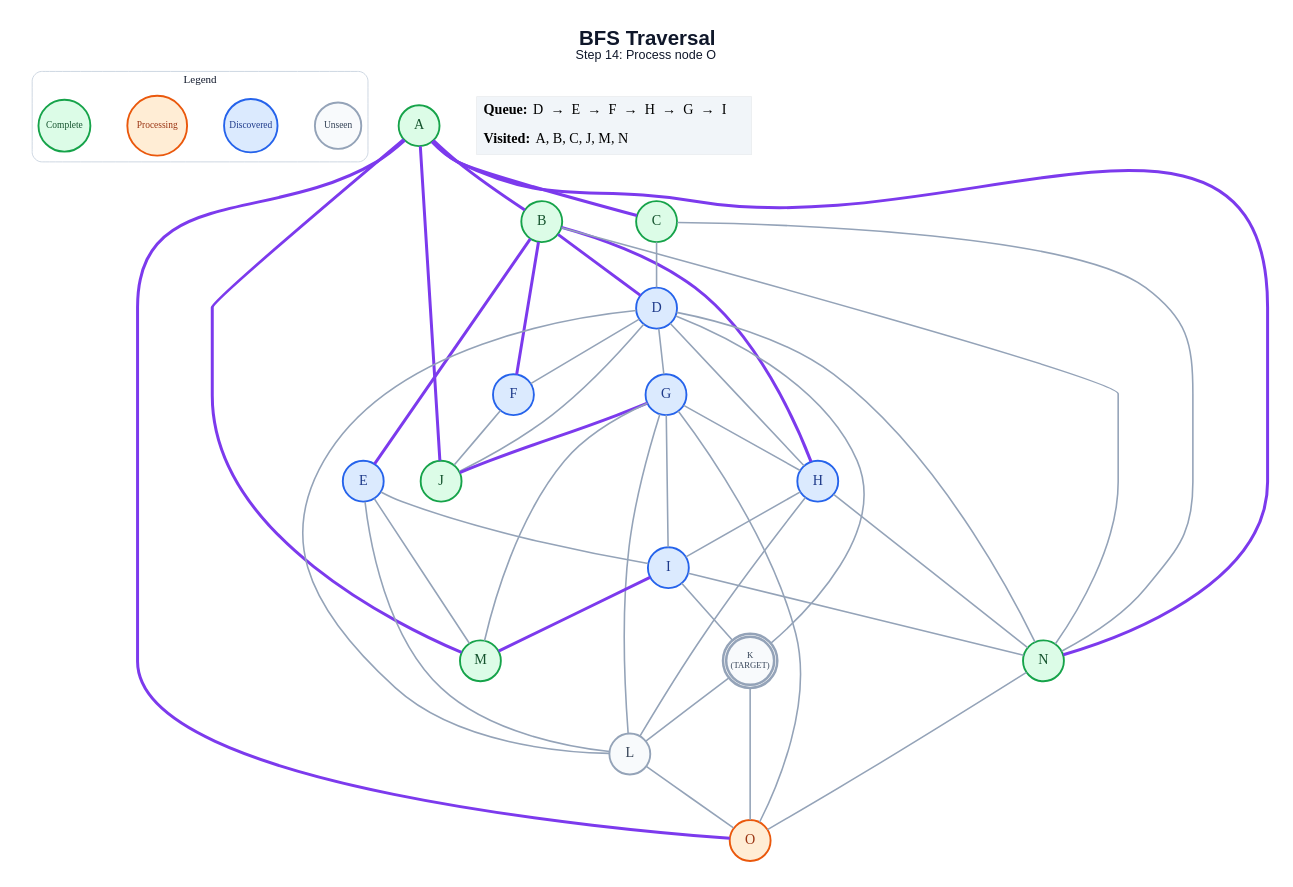
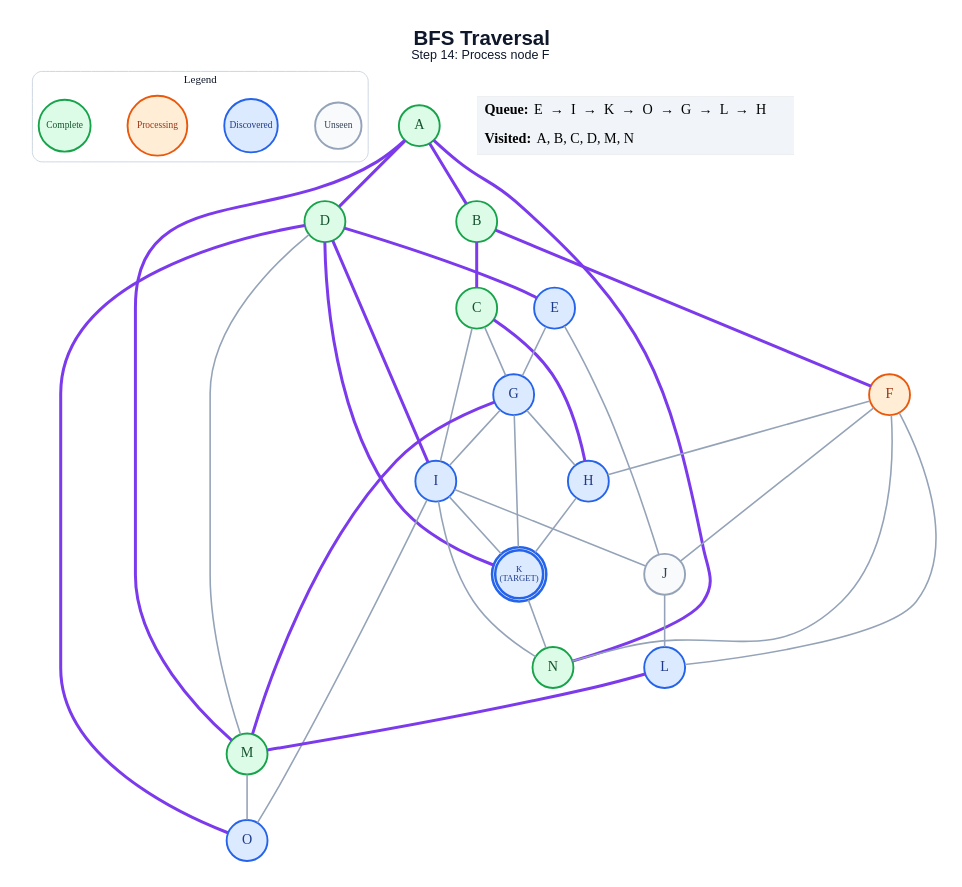
The diagram in generated/specific-node/bfs/step_14.dot (anon7238593-create/ai-slop), drawn with Graphviz before and after one commit. The commit also changed 251 other files, not shown here.

```diff
--- a/generated/specific-node/bfs/step_14.dot
+++ b/generated/specific-node/bfs/step_14.dot
@@ -1,74 +1,67 @@
 graph traversal {
   graph [layout=dot, rankdir=TB, bgcolor="#FFFFFF", pad="0.35", nodesep="0.65", ranksep="0.8", fontname="Arial"];
   node [shape=circle, style="filled", fontname="Arial Bold", fontsize=18, width=0.72, fixedsize=true, penwidth=2.4];
   edge [color="#94A3B8", penwidth=2.0];
-  label=<<B>BFS Traversal</B><BR/><FONT POINT-SIZE="16">Step 14: Process node O</FONT>>; labelloc="t"; fontsize=26; fontname="Arial"; fontcolor="#0F172A";
+  label=<<B>BFS Traversal</B><BR/><FONT POINT-SIZE="16">Step 14: Process node F</FONT>>; labelloc="t"; fontsize=26; fontname="Arial"; fontcolor="#0F172A";
   subgraph cluster_legend { label="Legend"; color="#CBD5E1"; penwidth=1.2; style="rounded"; fontsize=14; fontname="Arial Bold";
     key_unseen [label="Unseen", fillcolor="#F8FAFC", color="#94A3B8", fontcolor="#334155", fontsize=12, width=0.82];
     key_frontier [label="Discovered", fillcolor="#DBEAFE", color="#2563EB", fontcolor="#1E3A8A", fontsize=12, width=0.95];
     key_current [label="Processing", fillcolor="#FFEDD5", color="#EA580C", fontcolor="#9A3412", fontsize=12, width=1.05];
     key_done [label="Complete", fillcolor="#DCFCE7", color="#16A34A", fontcolor="#14532D", fontsize=12, width=0.92];
     { rank=same; key_unseen; key_frontier; key_current; key_done; }
   }
   A [label="A", fillcolor="#DCFCE7", color="#16A34A", fontcolor="#14532D", peripheries=1, penwidth=2.4];
   B [label="B", fillcolor="#DCFCE7", color="#16A34A", fontcolor="#14532D", peripheries=1, penwidth=2.4];
   C [label="C", fillcolor="#DCFCE7", color="#16A34A", fontcolor="#14532D", peripheries=1, penwidth=2.4];
-  D [label="D", fillcolor="#DBEAFE", color="#2563EB", fontcolor="#1E3A8A", peripheries=1, penwidth=2.4];
+  D [label="D", fillcolor="#DCFCE7", color="#16A34A", fontcolor="#14532D", peripheries=1, penwidth=2.4];
   E [label="E", fillcolor="#DBEAFE", color="#2563EB", fontcolor="#1E3A8A", peripheries=1, penwidth=2.4];
-  F [label="F", fillcolor="#DBEAFE", color="#2563EB", fontcolor="#1E3A8A", peripheries=1, penwidth=2.4];
+  F [label="F", fillcolor="#FFEDD5", color="#EA580C", fontcolor="#9A3412", peripheries=1, penwidth=2.4];
   G [label="G", fillcolor="#DBEAFE", color="#2563EB", fontcolor="#1E3A8A", peripheries=1, penwidth=2.4];
   H [label="H", fillcolor="#DBEAFE", color="#2563EB", fontcolor="#1E3A8A", peripheries=1, penwidth=2.4];
   I [label="I", fillcolor="#DBEAFE", color="#2563EB", fontcolor="#1E3A8A", peripheries=1, penwidth=2.4];
-  J [label="J", fillcolor="#DCFCE7", color="#16A34A", fontcolor="#14532D", peripheries=1, penwidth=2.4];
-  K [label="K\n(TARGET)", fillcolor="#F8FAFC", color="#94A3B8", fontcolor="#334155", peripheries=2, penwidth=3.2, fontsize=11, width=0.85, height=0.85];
-  L [label="L", fillcolor="#F8FAFC", color="#94A3B8", fontcolor="#334155", peripheries=1, penwidth=2.4];
+  J [label="J", fillcolor="#F8FAFC", color="#94A3B8", fontcolor="#334155", peripheries=1, penwidth=2.4];
+  K [label="K\n(TARGET)", fillcolor="#DBEAFE", color="#2563EB", fontcolor="#1E3A8A", peripheries=2, penwidth=3.2, fontsize=11, width=0.85, height=0.85];
+  L [label="L", fillcolor="#DBEAFE", color="#2563EB", fontcolor="#1E3A8A", peripheries=1, penwidth=2.4];
   M [label="M", fillcolor="#DCFCE7", color="#16A34A", fontcolor="#14532D", peripheries=1, penwidth=2.4];
   N [label="N", fillcolor="#DCFCE7", color="#16A34A", fontcolor="#14532D", peripheries=1, penwidth=2.4];
-  O [label="O", fillcolor="#FFEDD5", color="#EA580C", fontcolor="#9A3412", peripheries=1, penwidth=2.4];
+  O [label="O", fillcolor="#DBEAFE", color="#2563EB", fontcolor="#1E3A8A", peripheries=1, penwidth=2.4];
   A -- B [color="#7C3AED", penwidth=3.8];
-  A -- C [color="#7C3AED", penwidth=3.8];
-  A -- J [color="#7C3AED", penwidth=3.8];
+  A -- D [color="#7C3AED", penwidth=3.8];
   A -- M [color="#7C3AED", penwidth=3.8];
   A -- N [color="#7C3AED", penwidth=3.8];
-  A -- O [color="#7C3AED", penwidth=3.8];
-  B -- D [color="#7C3AED", penwidth=3.8];
-  B -- E [color="#7C3AED", penwidth=3.8];
+  B -- C [color="#7C3AED", penwidth=3.8];
   B -- F [color="#7C3AED", penwidth=3.8];
-  B -- H [color="#7C3AED", penwidth=3.8];
-  B -- N;
-  C -- D;
-  C -- N;
-  D -- F;
-  D -- G;
-  D -- H;
-  D -- J;
-  D -- K;
-  D -- L;
-  D -- N;
-  E -- I;
-  E -- L;
-  E -- M;
+  C -- G;
+  C -- H [color="#7C3AED", penwidth=3.8];
+  C -- I;
+  D -- E [color="#7C3AED", penwidth=3.8];
+  D -- I [color="#7C3AED", penwidth=3.8];
+  D -- K [color="#7C3AED", penwidth=3.8];
+  D -- M;
+  D -- O [color="#7C3AED", penwidth=3.8];
+  E -- G;
+  E -- J;
+  F -- H;
   F -- J;
+  F -- L;
+  F -- N;
   G -- H;
   G -- I;
-  G -- J [color="#7C3AED", penwidth=3.8];
-  G -- L;
-  G -- M;
-  G -- O;
-  H -- I;
-  H -- L;
-  H -- N;
+  G -- K;
+  G -- M [color="#7C3AED", penwidth=3.8];
+  H -- K;
+  I -- J;
   I -- K;
-  I -- M [color="#7C3AED", penwidth=3.8];
   I -- N;
-  K -- L;
-  K -- O;
-  L -- O;
-  N -- O;
+  I -- O;
+  J -- L;
+  K -- N;
+  L -- M [color="#7C3AED", penwidth=3.8];
+  M -- O;
   status [shape=plain, fixedsize=false, width=0, height=0, margin=0, label=<
     <TABLE BORDER="0" CELLBORDER="0" CELLPADDING="7" BGCOLOR="#F1F5F9">
-      <TR><TD ALIGN="LEFT"><B>Queue:</B> D  →  E  →  F  →  H  →  G  →  I</TD></TR>
-      <TR><TD ALIGN="LEFT"><B>Visited:</B> A, B, C, J, M, N</TD></TR>
+      <TR><TD ALIGN="LEFT"><B>Queue:</B> E  →  I  →  K  →  O  →  G  →  L  →  H</TD></TR>
+      <TR><TD ALIGN="LEFT"><B>Visited:</B> A, B, C, D, M, N</TD></TR>
     </TABLE>
   >];
 }
```
